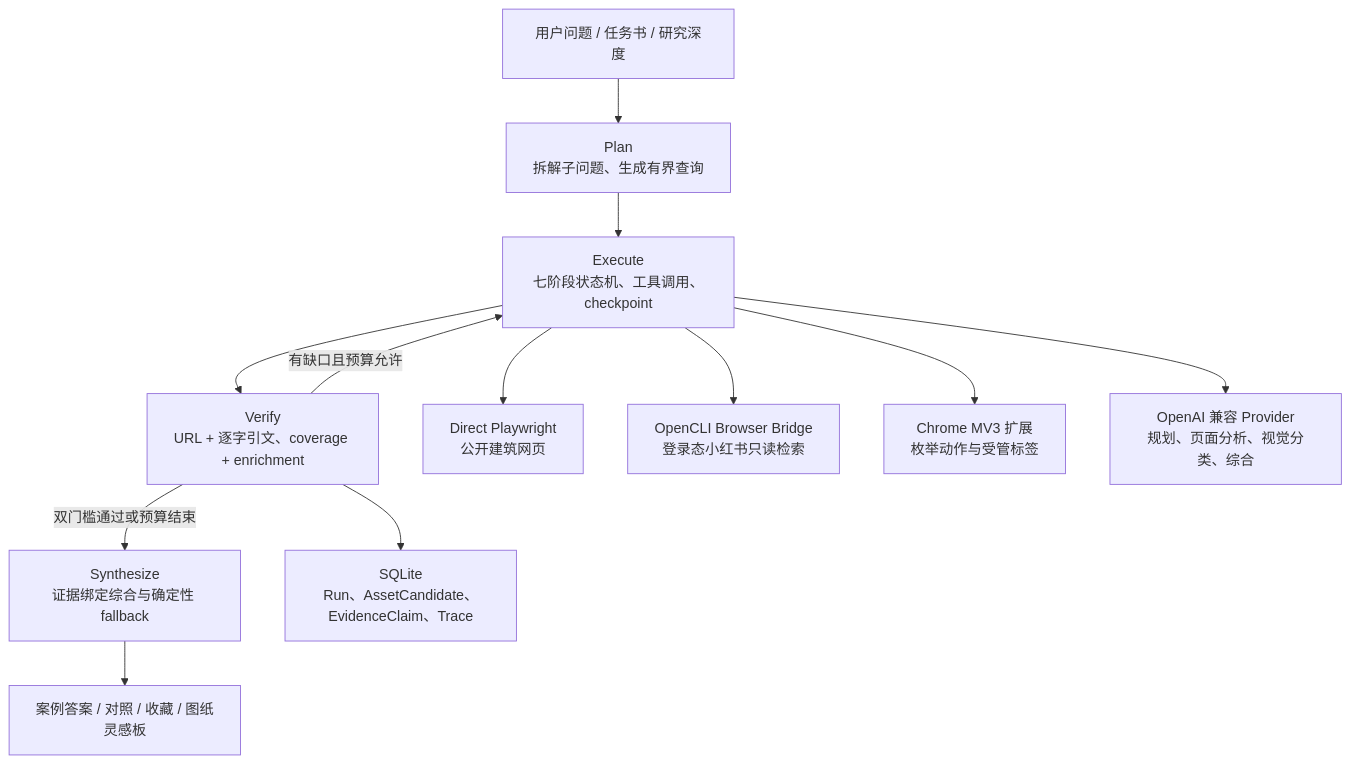
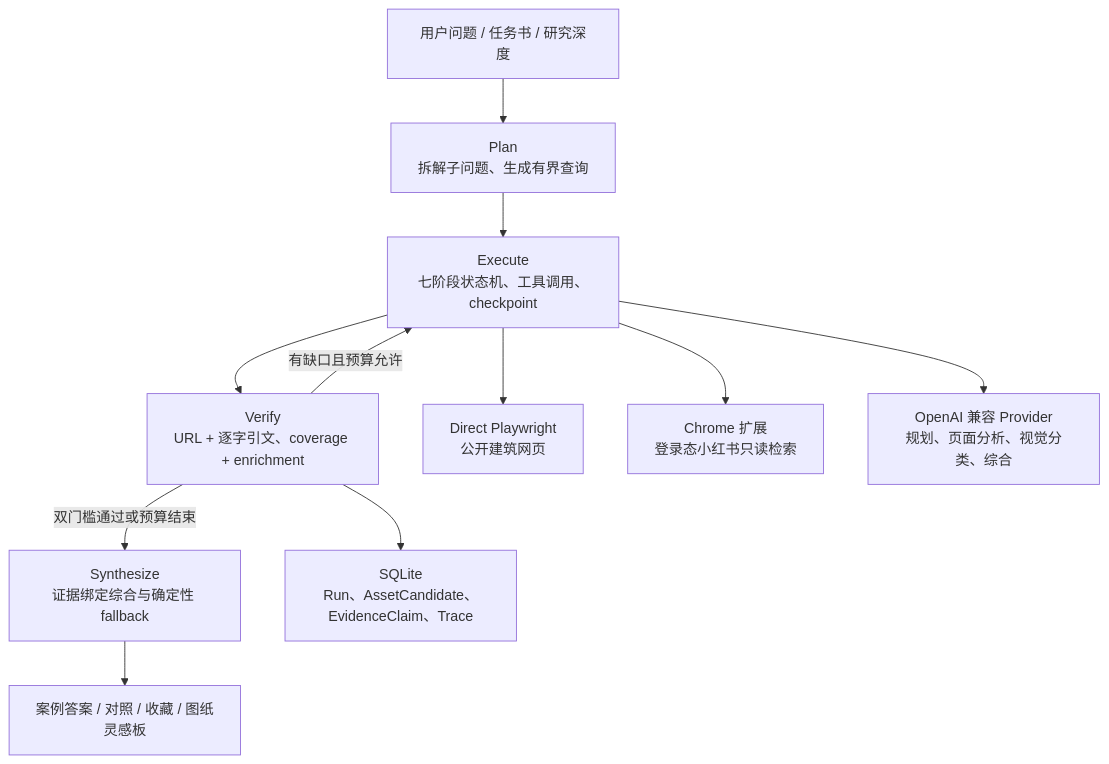
Before and after one commit to jileyu2000/archresearch: the diagram in README.md, drawn with Mermaid. The commit also changed other lines of this file and 116 other files, not shown here.

````diff
--- a/README.md
+++ b/README.md
@@ -61,15 +66,14 @@
 ```mermaid
 flowchart TB
     U["用户问题 / 任务书 / 研究深度"] --> P["Plan<br/>拆解子问题、生成有界查询"]
     P --> E["Execute<br/>七阶段状态机、工具调用、checkpoint"]
     E --> V["Verify<br/>URL + 逐字引文、coverage + enrichment"]
     V -->|"有缺口且预算允许"| E
     V -->|"双门槛通过或预算结束"| S["Synthesize<br/>证据绑定综合与确定性 fallback"]
     S --> R["案例答案 / 对照 / 收藏 / 图纸灵感板"]
 
     E --> PW["Direct Playwright<br/>公开建筑网页"]
-    E --> X["OpenCLI Browser Bridge<br/>登录态小红书只读检索"]
-    E --> C["Chrome MV3 扩展<br/>枚举动作与受管标签"]
+    E --> X["Chrome 扩展<br/>登录态小红书只读检索"]
     E --> M["OpenAI 兼容 Provider<br/>规划、页面分析、视觉分类、综合"]
     V --> D["SQLite<br/>Run、AssetCandidate、EvidenceClaim、Trace"]
 ```
````
